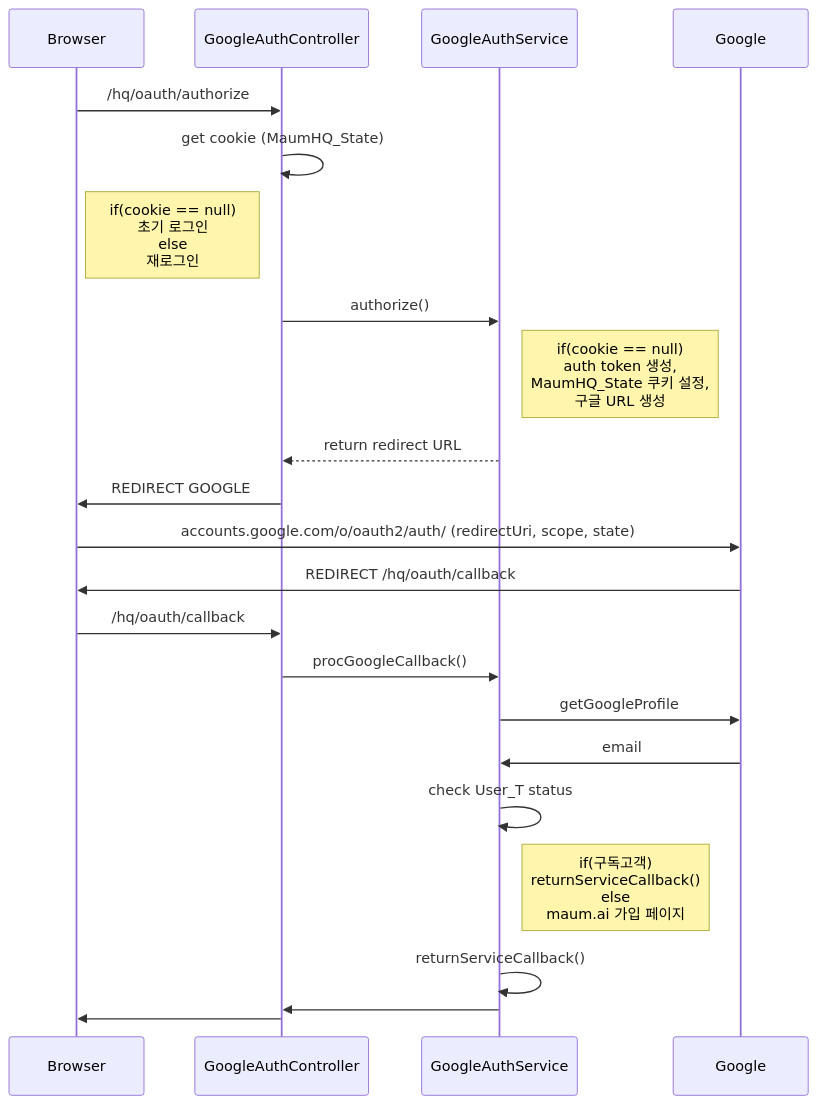
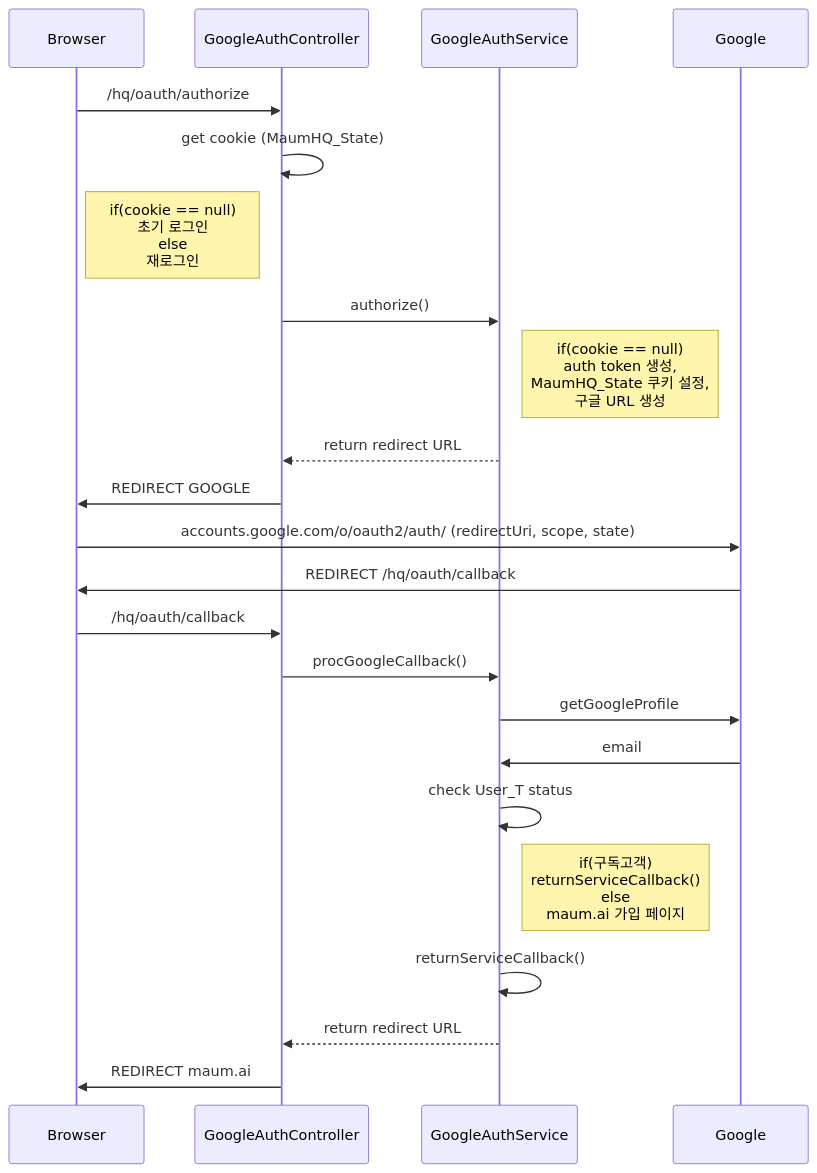
One commit to Ye-Jun/SSO changed the first of 2 diagrams in Architecture.md. Above: the diagram before and after it, drawn with Mermaid. The commit also changed other lines of this file, not shown here.

Commit message:
Architecture.md updated from https://stackedit.io/

````diff
--- a/Architecture.md
+++ b/Architecture.md
@@ -3,22 +3,22 @@
 ```mermaid
 sequenceDiagram
 Browser ->> GoogleAuthController : /hq/oauth/authorize
 GoogleAuthController ->> GoogleAuthController : get cookie (MaumHQ_State)
 Note left of GoogleAuthController: if(cookie == null)<br/>초기 로그인<br/> else<br/>재로그인
 GoogleAuthController ->> GoogleAuthService : authorize()
 Note right of GoogleAuthService : if(cookie == null) <br/>auth token 생성,<br/> MaumHQ_State 쿠키 설정, <br/>구글 URL 생성
 GoogleAuthService -->> GoogleAuthController : return redirect URL
 GoogleAuthController ->> Browser : REDIRECT GOOGLE
 Browser ->> Google : accounts.google.com/o/oauth2/auth/ (redirectUri, scope, state)
 Google ->> Browser : REDIRECT /hq/oauth/callback
 Browser ->> GoogleAuthController : /hq/oauth/callback
 GoogleAuthController ->> GoogleAuthService : procGoogleCallback()
 GoogleAuthService ->> Google : getGoogleProfile
 Google ->> GoogleAuthService : email
 GoogleAuthService ->> GoogleAuthService : check User_T status
 Note right of GoogleAuthService : if(구독고객)<br/>returnServiceCallback()<br/>else<br/>maum.ai 가입 페이지
 GoogleAuthService ->> GoogleAuthService : returnServiceCallback()
-GoogleAuthService ->> GoogleAuthController : 
-GoogleAuthController ->> Browser : 
+GoogleAuthService -->> GoogleAuthController : return redirect URL
+GoogleAuthController ->> Browser : REDIRECT maum.ai
 
 ```
````
